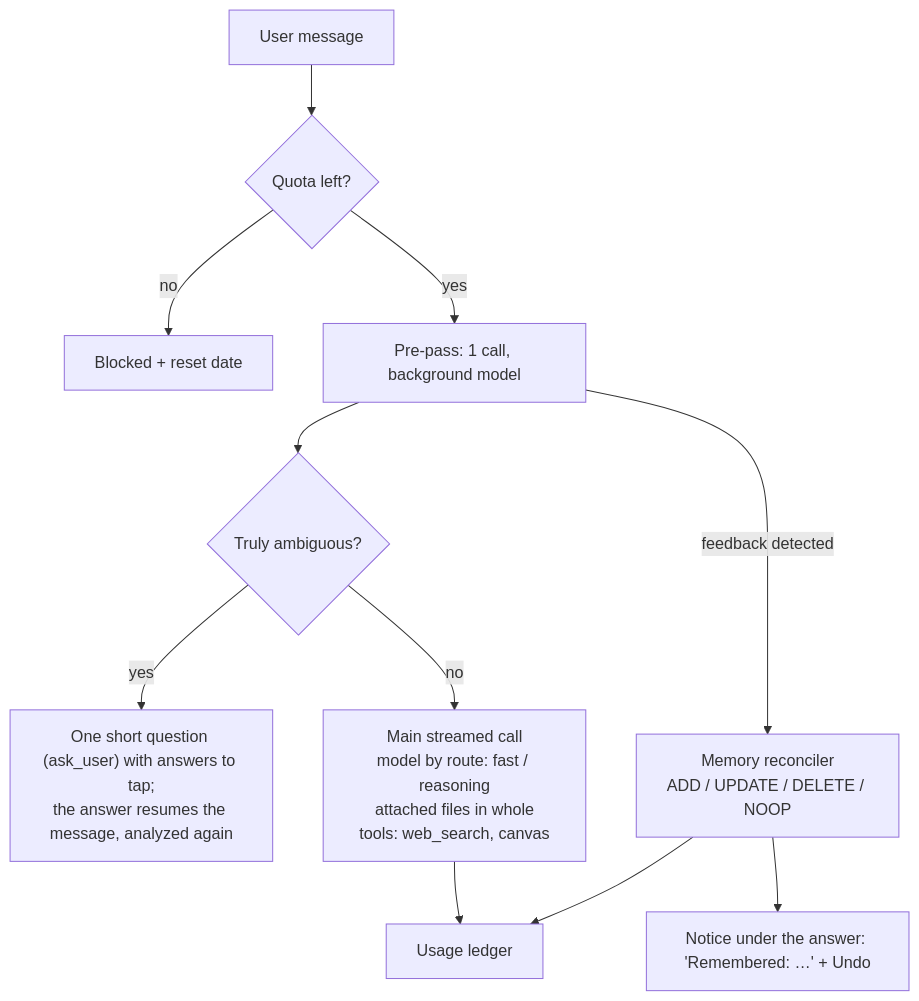
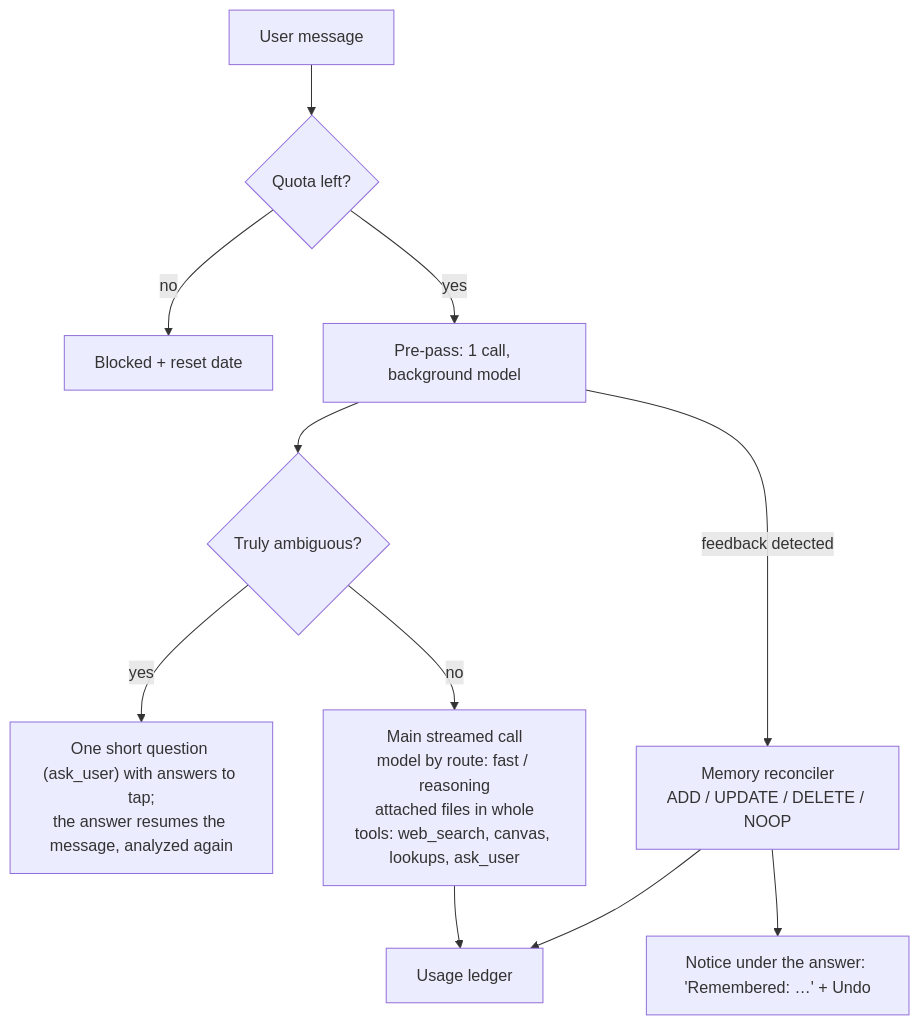
The diagram in SPEC.md (jonasroussel/open-agent), drawn with Mermaid before and after one commit. The commit also changed other lines of this file and 21 other files, not shown here.

````diff
--- a/SPEC.md
+++ b/SPEC.md
@@ -50,13 +50,13 @@
 ```mermaid
 flowchart TD
   A[User message] --> Q{Quota left?}
   Q -- no --> B[Blocked + reset date]
   Q -- yes --> P["Pre-pass: 1 call, background model"]
   P --> C{Truly ambiguous?}
   C -- yes --> D["One short question (ask_user) with answers to tap;<br/>the answer resumes the message, analyzed again"]
-  C -- no --> M["Main streamed call<br/>model by route: fast / reasoning<br/>attached files in whole<br/>tools: web_search, canvas"]
+  C -- no --> M["Main streamed call<br/>model by route: fast / reasoning<br/>attached files in whole<br/>tools: web_search, canvas, lookups, ask_user"]
   P -- feedback detected --> R["Memory reconciler<br/>ADD / UPDATE / DELETE / NOOP"]
   R --> T["Notice under the answer: 'Remembered: …' + Undo"]
   M --> U[Usage ledger]
   R --> U
 ```
````
